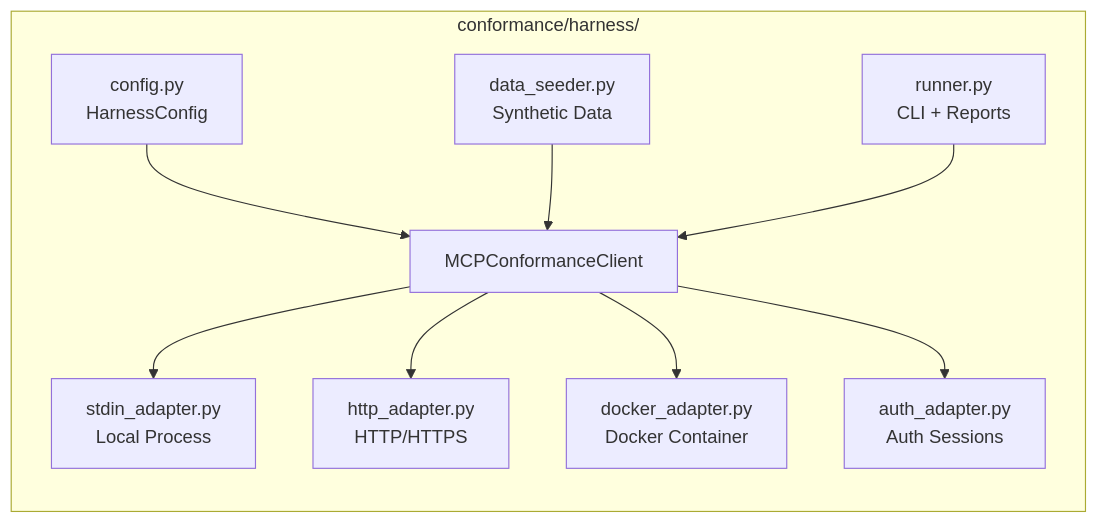
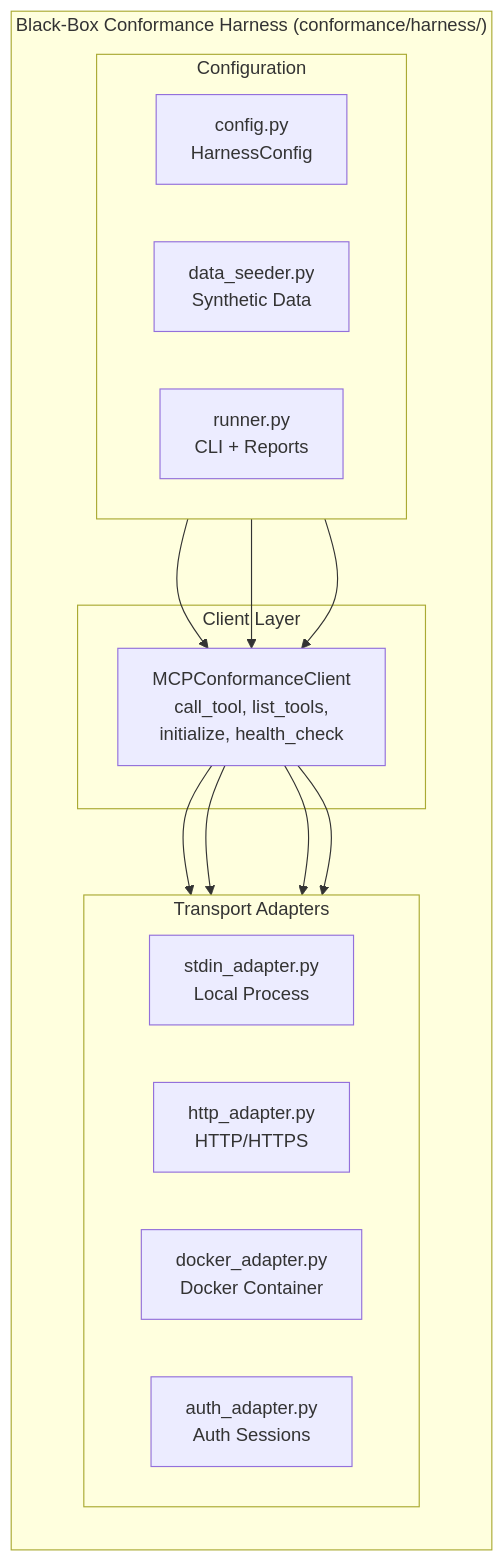
The sixth of 13 diagrams in README.md (kevinkawchak/national-mcp-pai-oncology-trials), drawn with Mermaid before and after one commit. The commit also changed other lines of this file and 63 other files, not shown here.

````diff
--- a/README.md
+++ b/README.md
@@ -481,12 +687,29 @@
 ```mermaid
-graph LR
-    subgraph "conformance/harness/"
-        CL[MCPConformanceClient] --> SA[stdin_adapter.py<br/>Local Process]
-        CL --> HA[http_adapter.py<br/>HTTP/HTTPS]
-        CL --> DA[docker_adapter.py<br/>Docker Container]
-        CL --> AA[auth_adapter.py<br/>Auth Sessions]
-        CF[config.py<br/>HarnessConfig] --> CL
-        DS[data_seeder.py<br/>Synthetic Data] --> CL
-        RN[runner.py<br/>CLI + Reports] --> CL
+graph TB
+    subgraph HARNESS["Black-Box Conformance Harness (conformance/harness/)"]
+        direction TB
+        subgraph CONFIG["Configuration"]
+            direction LR
+            CF["config.py<br/>HarnessConfig"]
+            DS["data_seeder.py<br/>Synthetic Data"]
+            RN["runner.py<br/>CLI + Reports"]
+        end
+        subgraph CLIENT["Client Layer"]
+            CL["MCPConformanceClient<br/>call_tool, list_tools,<br/>initialize, health_check"]
+        end
+        subgraph TRANSPORTS["Transport Adapters"]
+            direction LR
+            SA["stdin_adapter.py<br/>Local Process"]
+            HA["http_adapter.py<br/>HTTP/HTTPS"]
+            DA["docker_adapter.py<br/>Docker Container"]
+            AA["auth_adapter.py<br/>Auth Sessions"]
+        end
     end
+    CF --> CL
+    DS --> CL
+    RN --> CL
+    CL --> SA
+    CL --> HA
+    CL --> DA
+    CL --> AA
 ```
````
